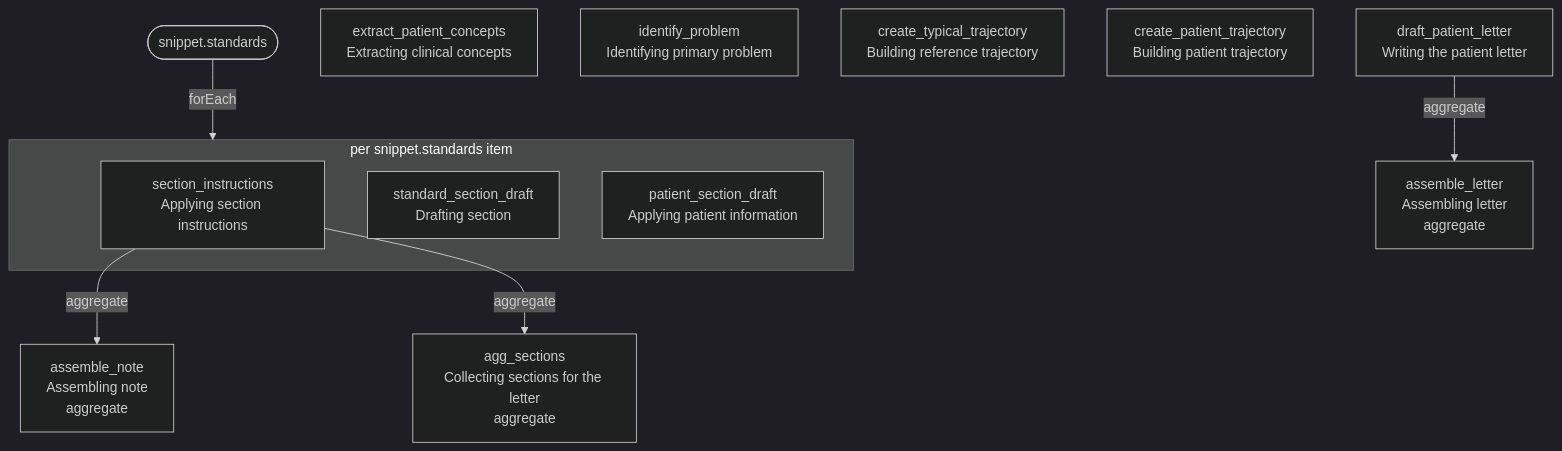
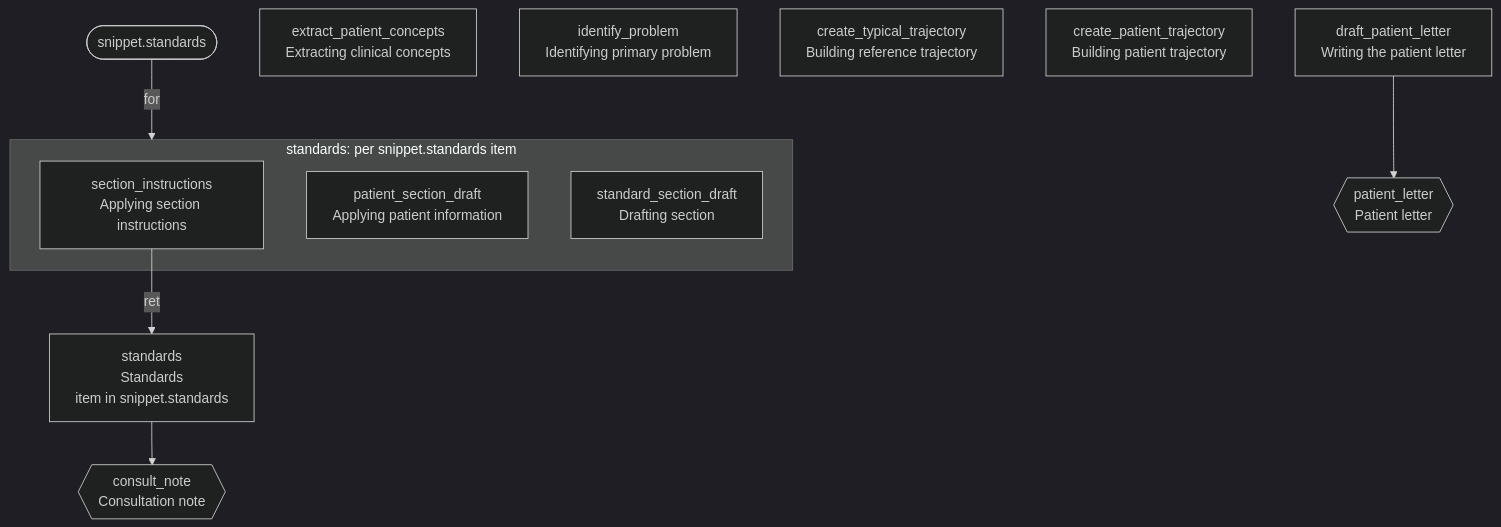
One commit to Consultologist/consultologist-workflows changed the diagram in packages/example-two-documents/dag.mmd. Above: the diagram before and after it, drawn with Mermaid (dark theme). The commit also changed 21 other files, not shown here.

```diff
--- a/packages/example-two-documents/dag.mmd
+++ b/packages/example-two-documents/dag.mmd
@@ -1,21 +1,22 @@
 flowchart TD
     snippet_standards(["snippet.standards"])
 
     extract_patient_concepts["extract_patient_concepts<br/>Extracting clinical concepts"]
     identify_problem["identify_problem<br/>Identifying primary problem"]
     create_typical_trajectory["create_typical_trajectory<br/>Building reference trajectory"]
     create_patient_trajectory["create_patient_trajectory<br/>Building patient trajectory"]
-    assemble_note["assemble_note<br/>Assembling note<br/>aggregate"]
-    section_instructions -->|"aggregate"| assemble_note
-    agg_sections["agg_sections<br/>Collecting sections for the letter<br/>aggregate"]
-    section_instructions -->|"aggregate"| agg_sections
     draft_patient_letter["draft_patient_letter<br/>Writing the patient letter"]
-    assemble_letter["assemble_letter<br/>Assembling letter<br/>aggregate"]
-    draft_patient_letter -->|"aggregate"| assemble_letter
 
-    snippet_standards -->|"forEach"| foreach_snippet_standards
-    subgraph foreach_snippet_standards["per snippet.standards item"]
+    snippet_standards -->|"for"| for_standards
+    subgraph for_standards["standards: per snippet.standards item"]
+        section_instructions["section_instructions<br/>Applying section instructions"]
+        patient_section_draft["patient_section_draft<br/>Applying patient information"]
         standard_section_draft["standard_section_draft<br/>Drafting section"]
-        patient_section_draft["patient_section_draft<br/>Applying patient information"]
-        section_instructions["section_instructions<br/>Applying section instructions"]
     end
+    standards["standards<br/>Standards<br/>item in snippet.standards"]
+    section_instructions -->|"ret"| standards
+
+    result_consult_note{{"consult_note<br/>Consultation note"}}
+    standards --> result_consult_note
+    result_patient_letter{{"patient_letter<br/>Patient letter"}}
+    draft_patient_letter --> result_patient_letter
```
